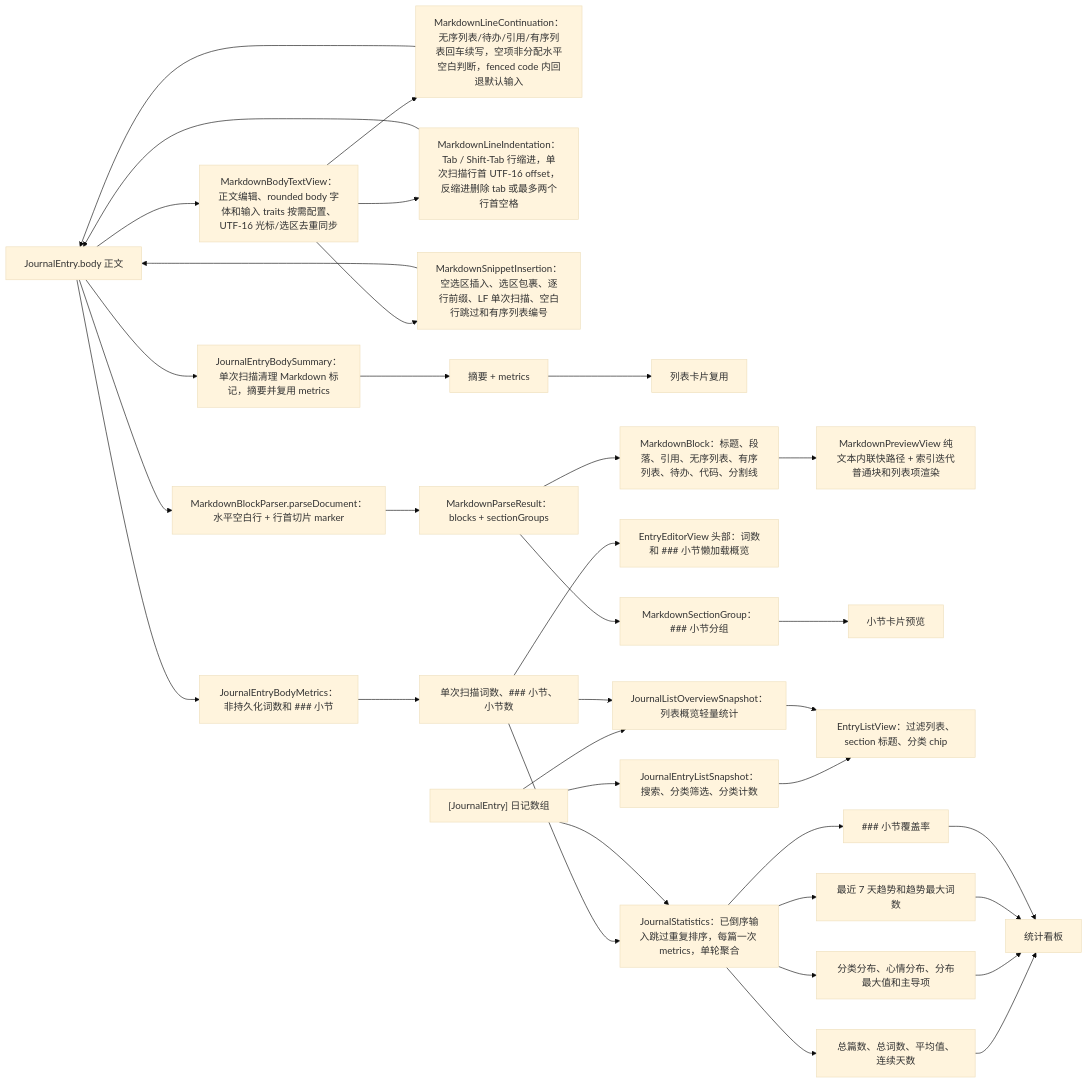
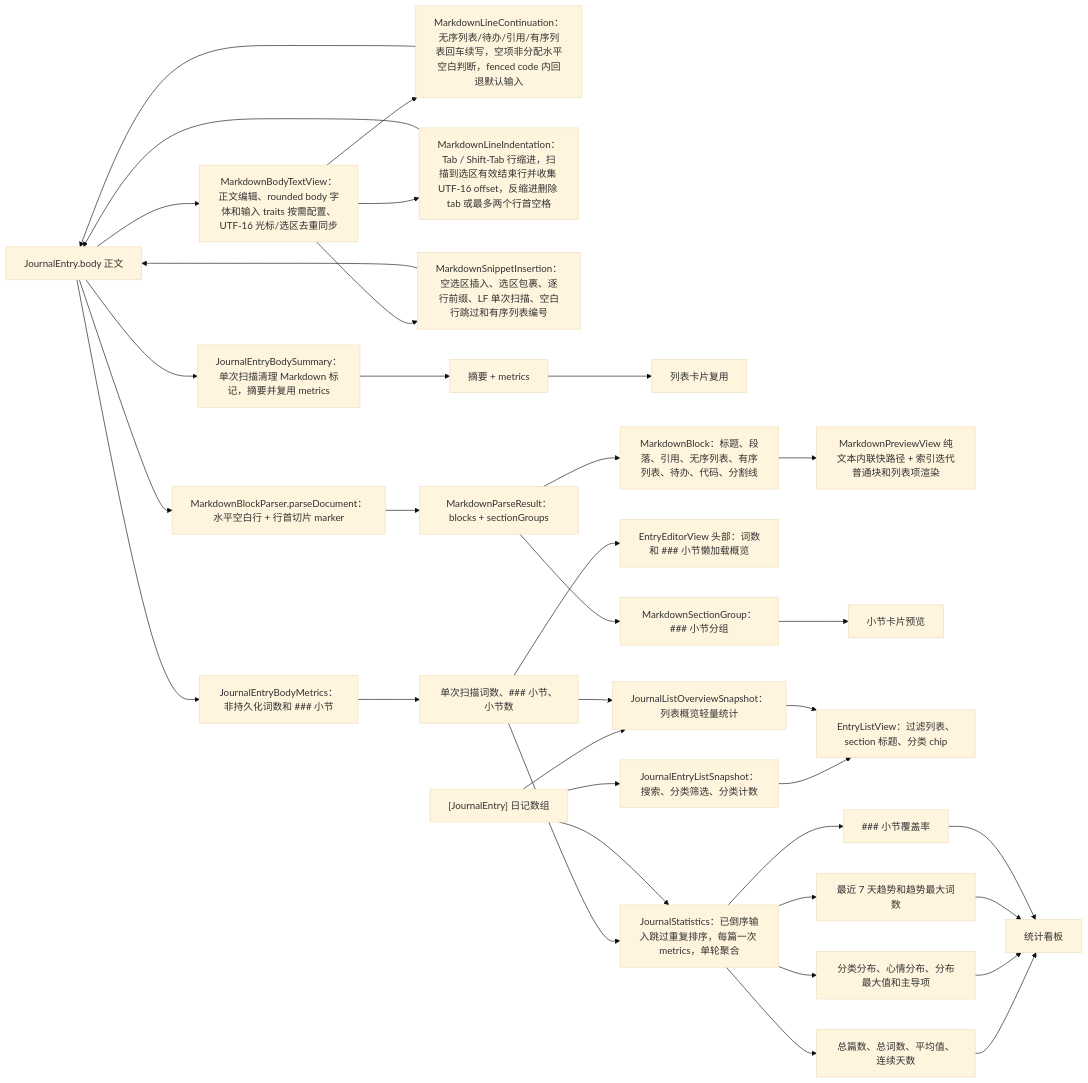
Before and after one commit to Altman-sam114/117: the fourth of 6 diagrams in md/flow/flowchart.md, drawn with Mermaid (base theme). The commit also changed other lines of this file and 8 other files, not shown here.

````diff
--- a/md/flow/flowchart.md
+++ b/md/flow/flowchart.md
@@ -123,37 +123,37 @@
 ```mermaid
 flowchart LR
   Body["JournalEntry.body 正文"] --> MetricsNode2["JournalEntryBodyMetrics：非持久化词数和 ### 小节"]
   Body --> Summary["JournalEntryBodySummary：单次扫描清理 Markdown 标记，摘要并复用 metrics"]
   Body --> BodyText["MarkdownBodyTextView：正文编辑、rounded body 字体和输入 traits 按需配置、UTF-16 光标/选区去重同步"]
   BodyText --> ContinueRule["MarkdownLineContinuation：无序列表/待办/引用/有序列表回车续写，空项非分配水平空白判断，fenced code 内回退默认输入"]
   ContinueRule --> Body
-  BodyText --> IndentRule["MarkdownLineIndentation：Tab / Shift-Tab 行缩进，单次扫描行首 UTF-16 offset，反缩进删除 tab 或最多两个行首空格"]
+  BodyText --> IndentRule["MarkdownLineIndentation：Tab / Shift-Tab 行缩进，扫描到选区有效结束行并收集 UTF-16 offset，反缩进删除 tab 或最多两个行首空格"]
   IndentRule --> Body
   BodyText --> InsertRule["MarkdownSnippetInsertion：空选区插入、选区包裹、逐行前缀、LF 单次扫描、空白行跳过和有序列表编号"]
   InsertRule --> Body
   MetricsNode2 --> MetricsData["单次扫描词数、### 小节、小节数"]
   Summary --> Excerpt["摘要 + metrics"]
   Excerpt --> RowEditor["列表卡片复用"]
   MetricsData --> Statistics["JournalStatistics：已倒序输入跳过重复排序，每篇一次 metrics，单轮聚合"]
   MetricsData --> EditorHeader["EntryEditorView 头部：词数和 ### 小节懒加载概览"]
   Body --> Parse["MarkdownBlockParser.parseDocument：水平空白行 + 行首切片 marker"]
   Parse --> Result["MarkdownParseResult：blocks + sectionGroups"]
   Result --> Blocks["MarkdownBlock：标题、段落、引用、无序列表、有序列表、待办、代码、分割线"]
   Blocks --> Preview["MarkdownPreviewView 纯文本内联快路径 + 索引迭代普通块和列表项渲染"]
   Result --> Sections["MarkdownSectionGroup：### 小节分组"]
   Sections --> SectionPreview["小节卡片预览"]
   Entries["[JournalEntry] 日记数组"] --> Statistics
   Entries --> ListSnapshot2["JournalEntryListSnapshot：搜索、分类筛选、分类计数"]
   ListSnapshot2 --> ListView["EntryListView：过滤列表、section 标题、分类 chip"]
   Entries --> ListOverview2["JournalListOverviewSnapshot：列表概览轻量统计"]
   MetricsData --> ListOverview2
   ListOverview2 --> ListView
   Statistics --> Metrics["总篇数、总词数、平均值、连续天数"]
   Statistics --> Distributions["分类分布、心情分布、分布最大值和主导项"]
   Statistics --> Trend["最近 7 天趋势和趋势最大词数"]
   Statistics --> Coverage["### 小节覆盖率"]
   Metrics --> Dashboard["统计看板"]
   Distributions --> Dashboard
   Trend --> Dashboard
   Coverage --> Dashboard
 ```
````
